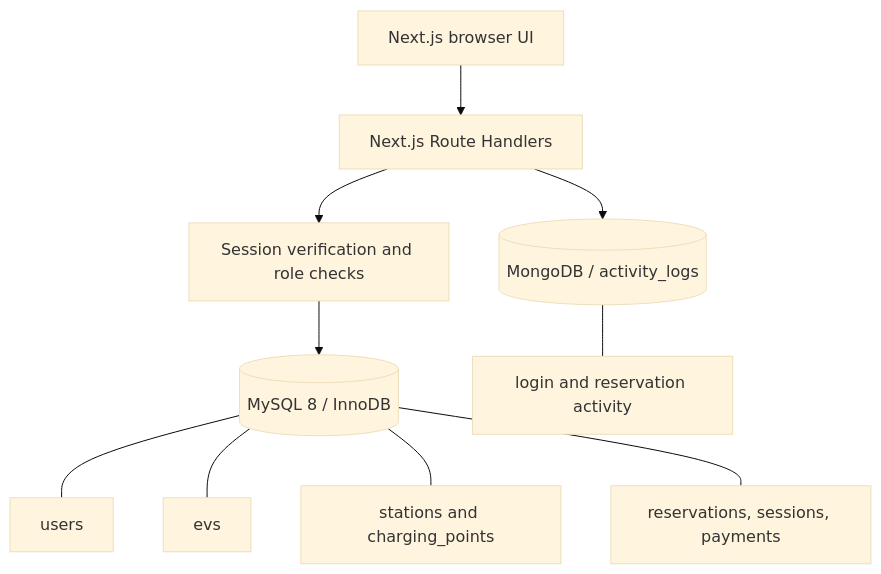
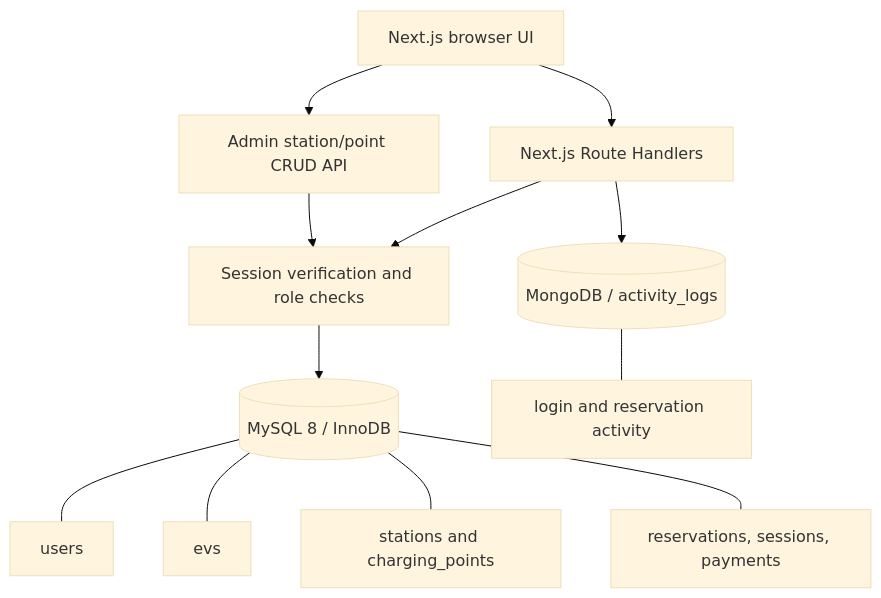
The diagram in docs/architecture.md (SuryaRNaik/smart-ev-charging-reservation), drawn with Mermaid (base theme) before and after one commit. The commit also changed other lines of this file, not shown here.

Commit message:
docs: describe protected admin CRUD and station audit events

````diff
--- a/docs/architecture.md
+++ b/docs/architecture.md
@@ -7,18 +7,21 @@
 ```mermaid
 flowchart TD
     Browser["Next.js browser UI"]
     Routes["Next.js Route Handlers"]
+    Admin["Admin station/point CRUD API"]
     Auth["Session verification and role checks"]
     MySQL[("MySQL 8 / InnoDB")]
     Mongo[("MongoDB / activity_logs")]
 
     Browser --> Routes
+    Browser --> Admin
+    Admin --> Auth
     Routes --> Auth
     Auth --> MySQL
     Routes --> Mongo
     MySQL --- U["users"]
     MySQL --- E["evs"]
     MySQL --- S["stations and charging_points"]
     MySQL --- R["reservations, sessions, payments"]
     Mongo --- A["login and reservation activity"]
 ```
````
